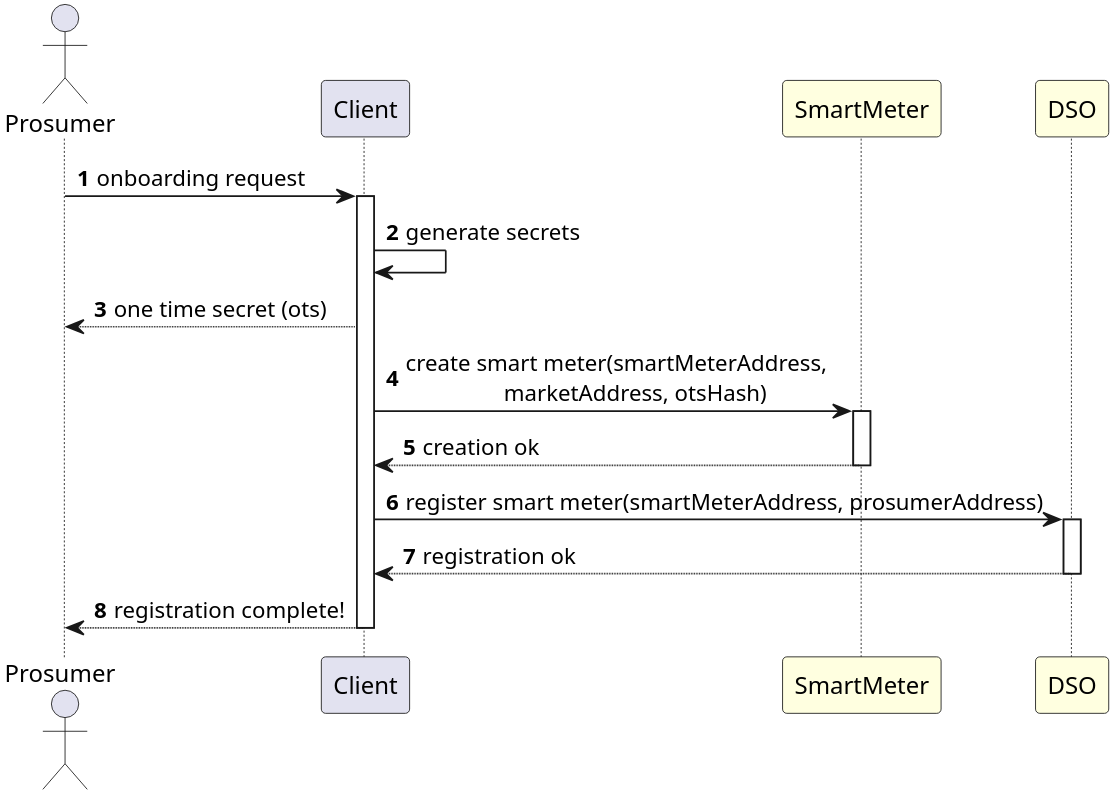
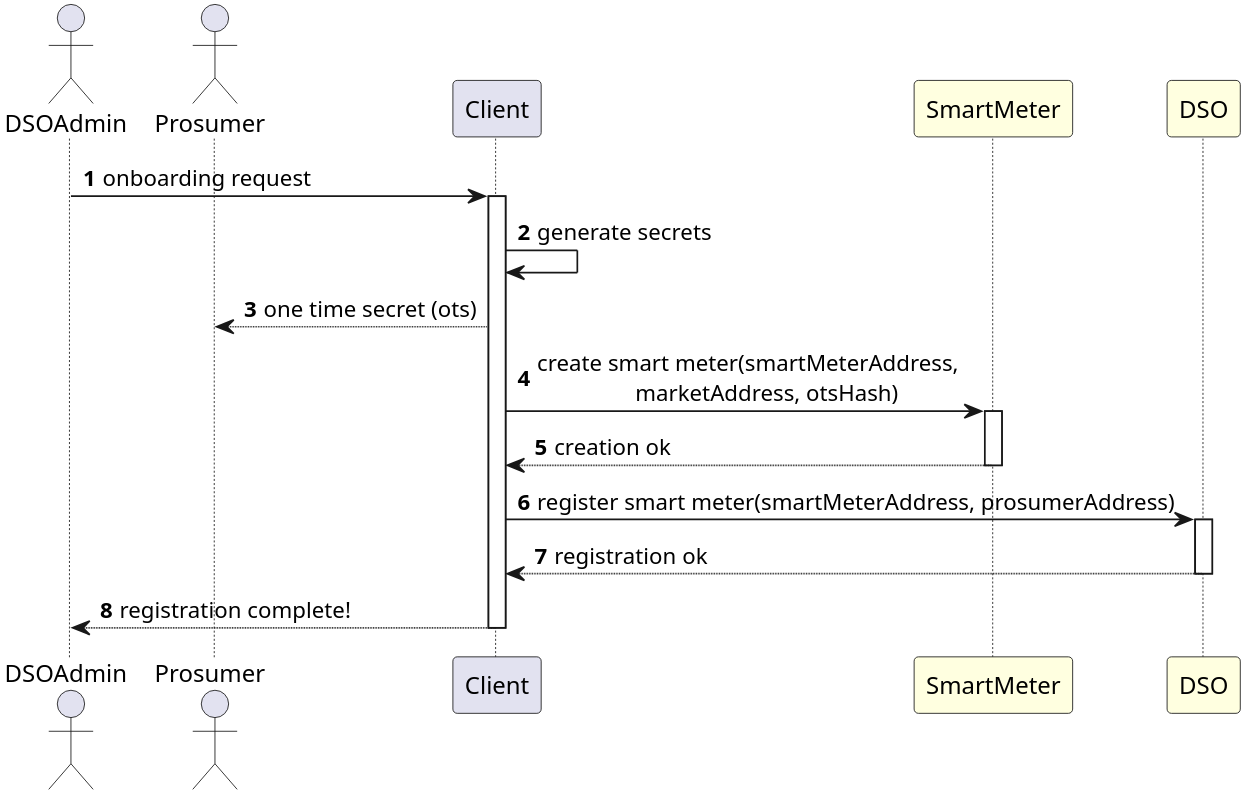
The diagram in docs/SequenceDiagrams/onboarding.puml (antonoeschmidt/SmartGridEmpowered), drawn with PlantUML before and after one commit. The commit also changed 2 other files, not shown here.

```diff
--- a/docs/SequenceDiagrams/onboarding.puml
+++ b/docs/SequenceDiagrams/onboarding.puml
@@ -1,19 +1,20 @@
 @startuml Onboarding
+actor DSOAdmin
 actor Prosumer
 participant Client
 participant SmartMeter #LightYellow
 participant DSO #LightYellow
 
 skinparam dpi 400
 autonumber
 
-Prosumer -> Client ++: onboarding request
+DSOAdmin -> Client ++: onboarding request
 Client -> Client: generate secrets
 Client --> Prosumer: one time secret (ots)
 Client -> SmartMeter ++: create smart meter(smartMeterAddress, \n\t\t marketAddress, otsHash)
 SmartMeter --> Client --: creation ok
 Client -> DSO ++: register smart meter(smartMeterAddress, prosumerAddress)
 DSO --> Client --: registration ok
-Client --> Prosumer --: registration complete!
+Client --> DSOAdmin --: registration complete!
 
 @enduml
```
